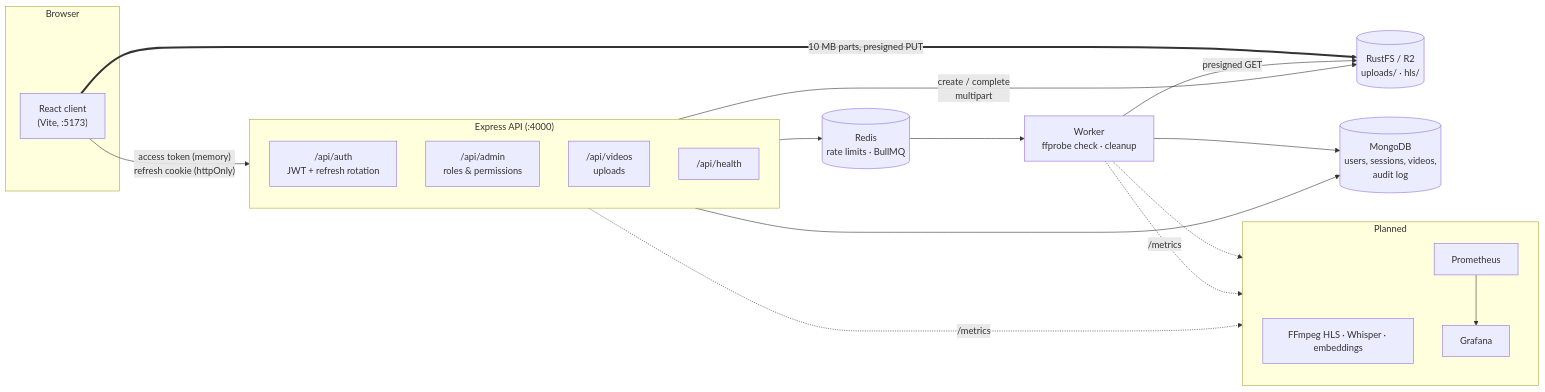
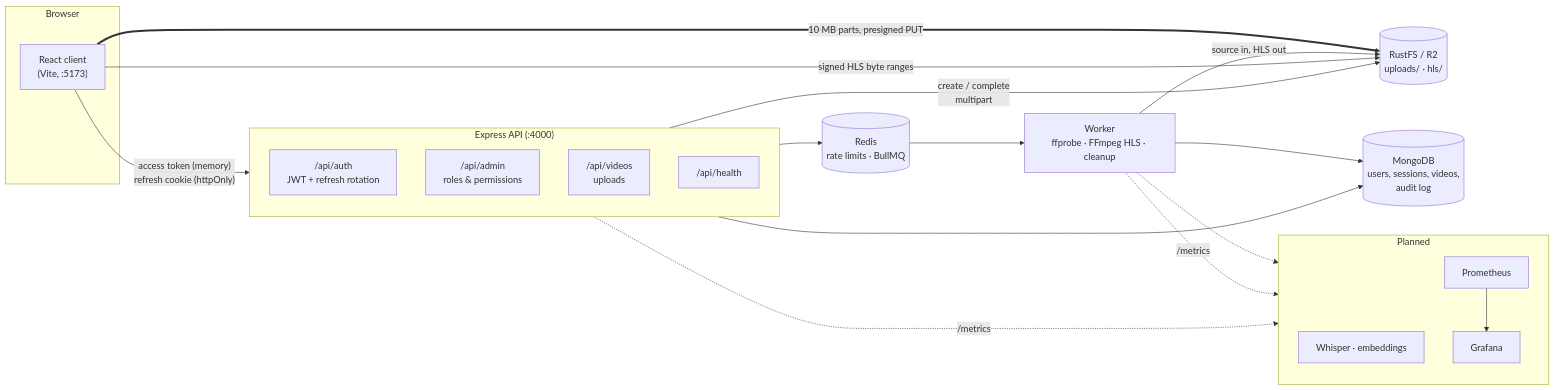
One commit to Labib000/reelstack-ai-video-platform changed the first of 3 diagrams in README.md. Above: the diagram before and after it, drawn with Mermaid. The commit also changed other lines of this file and 38 other files, not shown here.

````diff
--- a/README.md
+++ b/README.md
@@ -120,32 +124,33 @@
 ```mermaid
 flowchart LR
     subgraph Browser
         UI["React client<br/>(Vite, :5173)"]
     end
 
     subgraph API["Express API (:4000)"]
         AUTH["/api/auth<br/>JWT + refresh rotation"]
         ADMIN["/api/admin<br/>roles & permissions"]
         VIDEOS["/api/videos<br/>uploads"]
         HEALTH["/api/health"]
     end
 
     UI -- "access token (memory)<br/>refresh cookie (httpOnly)" --> API
     UI == "10 MB parts, presigned PUT" ==> S3[("RustFS / R2<br/>uploads/ · hls/")]
     API --> MONGO[("MongoDB<br/>users, sessions, videos,<br/>audit log")]
     API --> REDIS[("Redis<br/>rate limits · BullMQ")]
     API -- "create / complete<br/>multipart" --> S3
-    REDIS --> W["Worker<br/>ffprobe check · cleanup"]
-    W -- "presigned GET" --> S3
+    REDIS --> W["Worker<br/>ffprobe · FFmpeg HLS · cleanup"]
+    W -- "source in, HLS out" --> S3
+    UI -- "signed HLS byte ranges" --> S3
     W --> MONGO
 
     subgraph Planned
         direction TB
-        T["FFmpeg HLS · Whisper · embeddings"]
+        T["Whisper · embeddings"]
         PROM["Prometheus"] --> GRAF["Grafana"]
     end
 
     W -.-> T
     API -. /metrics .-> PROM
     W -. /metrics .-> PROM
 ```
````
